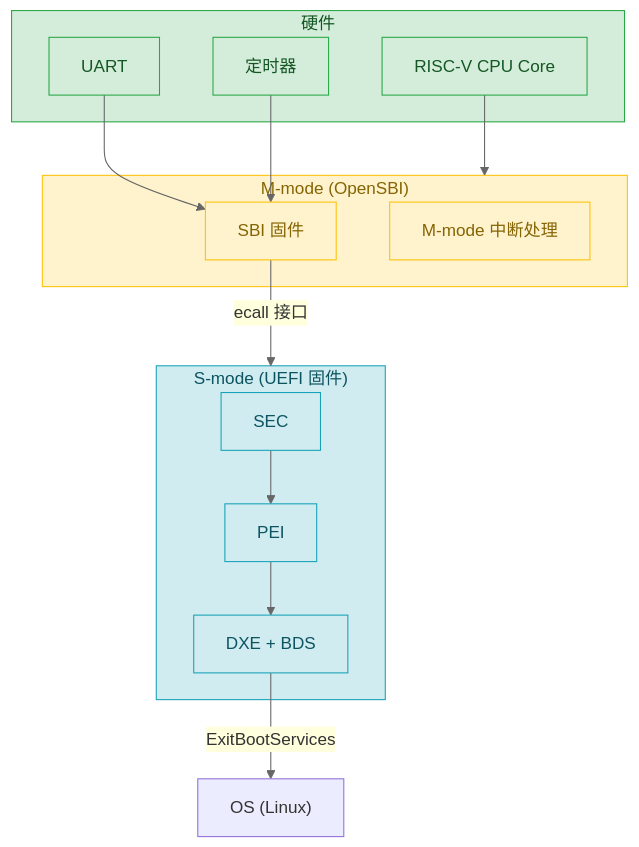
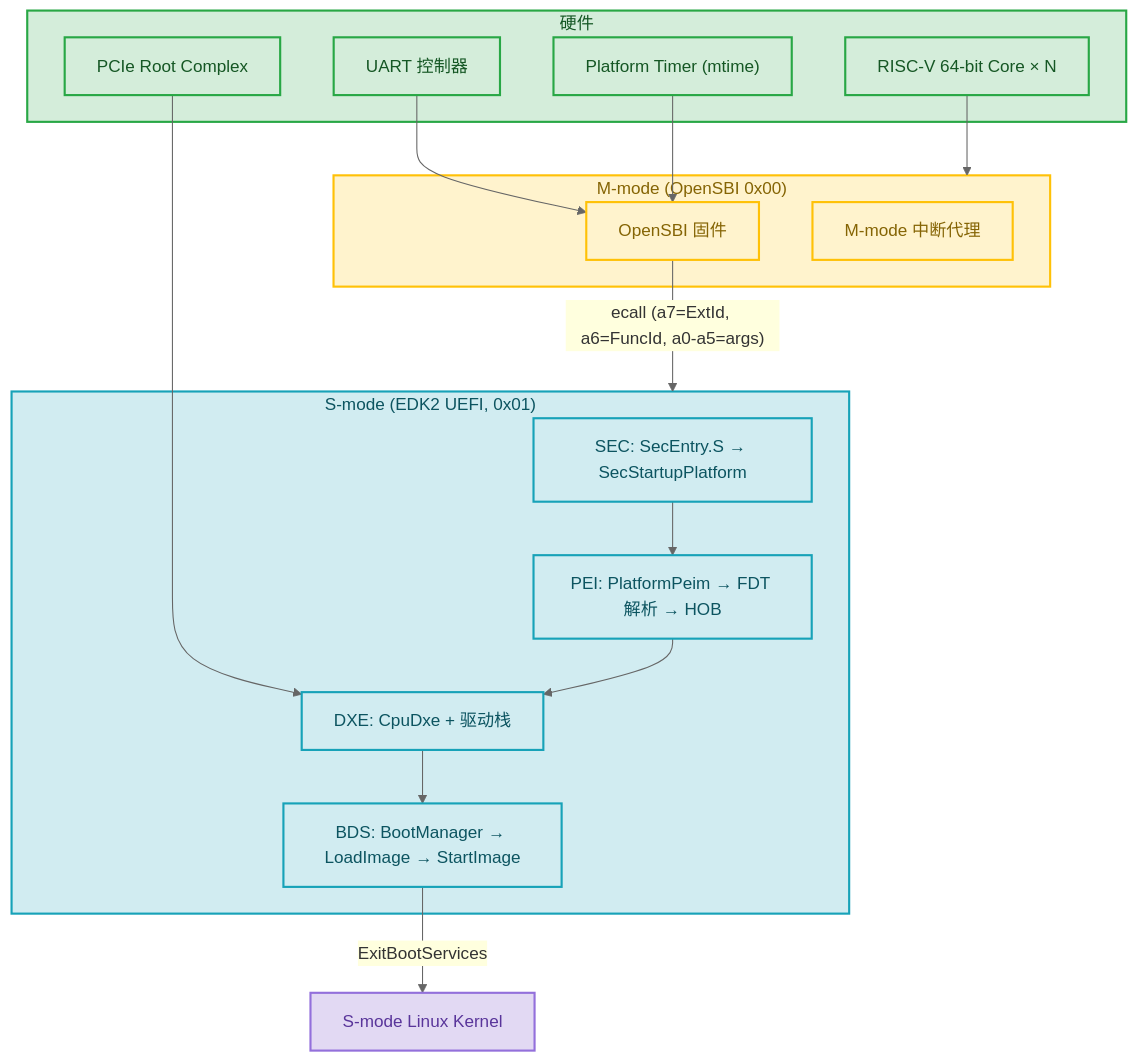
The diagram in edk2/09-riscv-porting.md (swjtuer326/cs-learning-notes), drawn with Mermaid before and after one commit. The commit also changed other lines of this file and 5 other files, not shown here.

````diff
--- a/edk2/09-riscv-porting.md
+++ b/edk2/09-riscv-porting.md
@@ -9,36 +27,41 @@
 ```mermaid
 %%{init: {"theme": "base", "themeVariables": {"primaryColor": "#ECECFF", "primaryTextColor": "#333333", "primaryBorderColor": "#9370DB", "lineColor": "#666666", "secondaryColor": "#ffffde", "secondaryBorderColor": "#aaaa33", "tertiaryColor": "#f0f0f0", "fontFamily": "\"trebuchet ms\", verdana, arial, sans-serif"}}}%%
 flowchart TD
     subgraph Hardware["硬件"]
-        CPU["RISC-V CPU Core"]
-        UART["UART"]
-        TIMER["定时器"]
+        CPU["RISC-V 64-bit Core × N"]
+        UART["UART 控制器"]
+        TIMER["Platform Timer (mtime)"]
+        PCIe["PCIe Root Complex"]
     end
 
-    subgraph Mmode["M-mode (OpenSBI)"]
-        SBI["SBI 固件"]
-        MInt["M-mode 中断处理"]
+    subgraph Mmode["M-mode (OpenSBI 0x00)"]
+        SBI["OpenSBI 固件"]
+        MInt["M-mode 中断代理"]
     end
 
-    subgraph Smode["S-mode (UEFI 固件)"]
-        SEC["SEC"]
-        PEI["PEI"]
-        DXE["DXE + BDS"]
+    subgraph Smode["S-mode (EDK2 UEFI, 0x01)"]
+        SEC["SEC: SecEntry.S → SecStartupPlatform"]
+        PEI["PEI: PlatformPeim → FDT 解析 → HOB"]
+        DXE["DXE: CpuDxe + 驱动栈"]
+        BDS["BDS: BootManager → LoadImage → StartImage"]
     end
 
-    OS["OS (Linux)"]
+    OS["S-mode Linux Kernel"]
 
     CPU --> Mmode
     UART --> SBI
     TIMER --> SBI
-    SBI -->|ecall 接口| Smode
-    SEC --> PEI --> DXE
-    DXE -->|ExitBootServices| OS
+    PCIe --> DXE
+    SBI -->|"ecall (a7=ExtId, a6=FuncId, a0-a5=args)"| Smode
+    SEC --> PEI --> DXE --> BDS
+    BDS -->|ExitBootServices| OS
 
-    classDef hw fill:#d4edda,stroke:#28a745,color:#155724
-    classDef mmode fill:#fff3cd,stroke:#ffc107,color:#856404
-    classDef smode fill:#d1ecf1,stroke:#17a2b8,color:#0c5460
-    class Hardware,CPU,UART,TIMER hw
+    classDef hw fill:#d4edda,stroke:#28a745,color:#155724,stroke-width:2px
+    classDef mmode fill:#fff3cd,stroke:#ffc107,color:#856404,stroke-width:2px
+    classDef smode fill:#d1ecf1,stroke:#17a2b8,color:#0c5460,stroke-width:2px
+    classDef linux fill:#e2d9f3,stroke:#9370DB,color:#59359a,stroke-width:2px
+    class Hardware,CPU,UART,TIMER,PCIe hw
     class Mmode,SBI,MInt mmode
-    class Smode,SEC,PEI,DXE smode
+    class Smode,SEC,PEI,DXE,BDS smode
+    class OS linux
 ```
````
